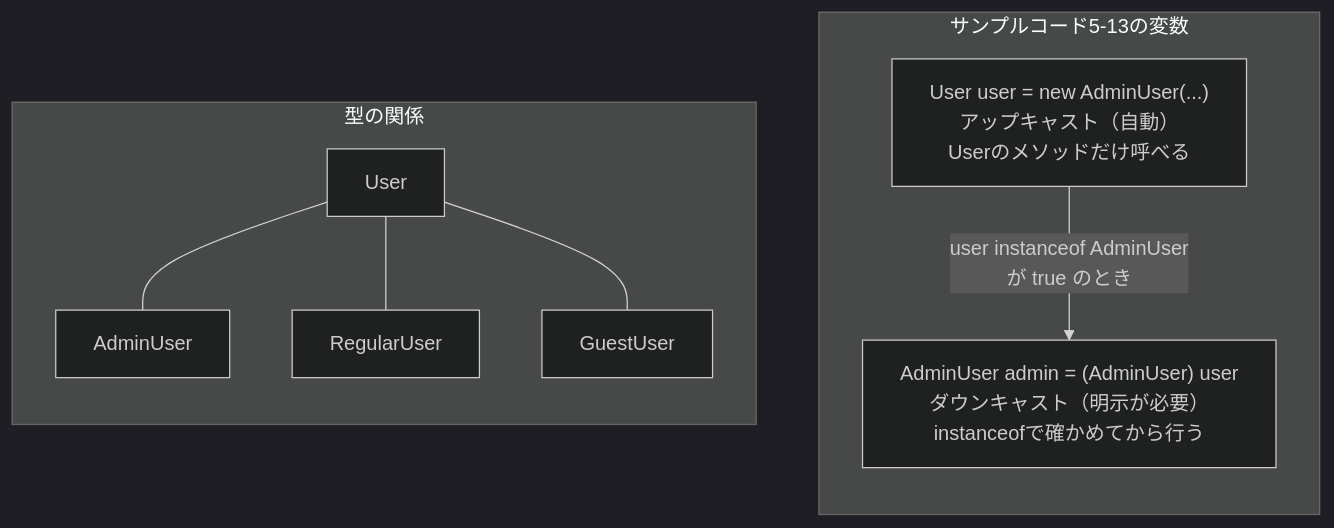
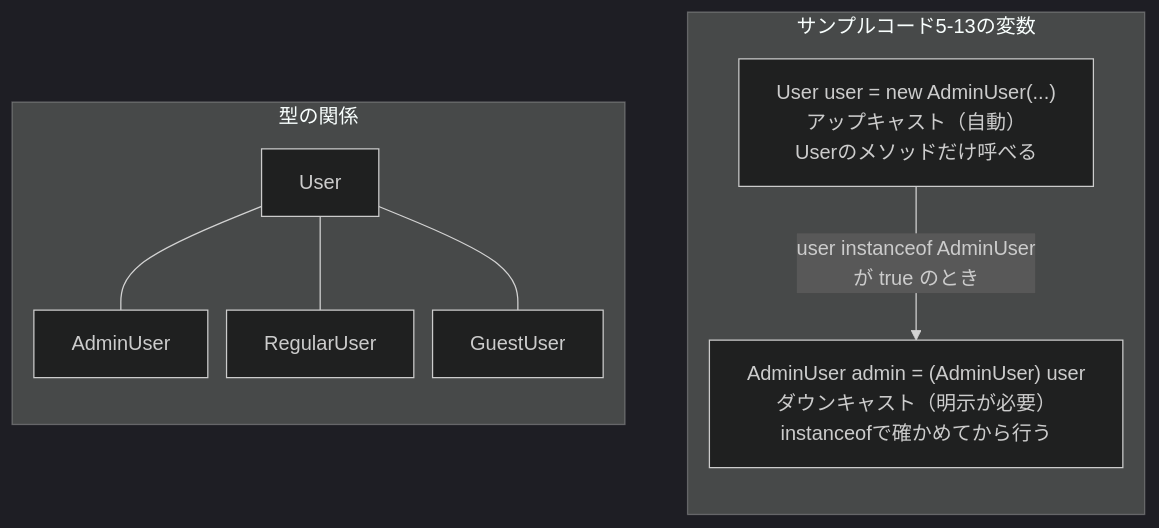
Before and after one commit to Nagatani/techbook-java-primer: the diagram in docs/diagrams/chapter05-up-down-cast.mmd, drawn with Mermaid (dark theme). The commit also changed 86 other files, not shown here.

First line of the commit message:
feat: 図の文字をBIZ UDPゴシックにする

```diff
--- a/docs/diagrams/chapter05-up-down-cast.mmd
+++ b/docs/diagrams/chapter05-up-down-cast.mmd
@@ -1,25 +1,26 @@
 ---
 config:
   flowchart:
     wrappingWidth: 320
+    nodeSpacing: 15
 ---
 flowchart LR
     subgraph types["型の関係"]
         direction TB
         user["User"]
         admin["AdminUser"]
         regular["RegularUser"]
         guest["GuestUser"]
         user --- admin
         user --- regular
         user --- guest
     end
 
     subgraph code["サンプルコード5-13の変数"]
         direction TB
         up["User user = new AdminUser(...)<br/>アップキャスト（自動）<br/>Userのメソッドだけ呼べる"]
         down["AdminUser admin = (AdminUser) user<br/>ダウンキャスト（明示が必要）<br/>instanceofで確かめてから行う"]
         up -->|"user instanceof AdminUser<br/>が true のとき"| down
     end
 
     types ~~~ code
```
